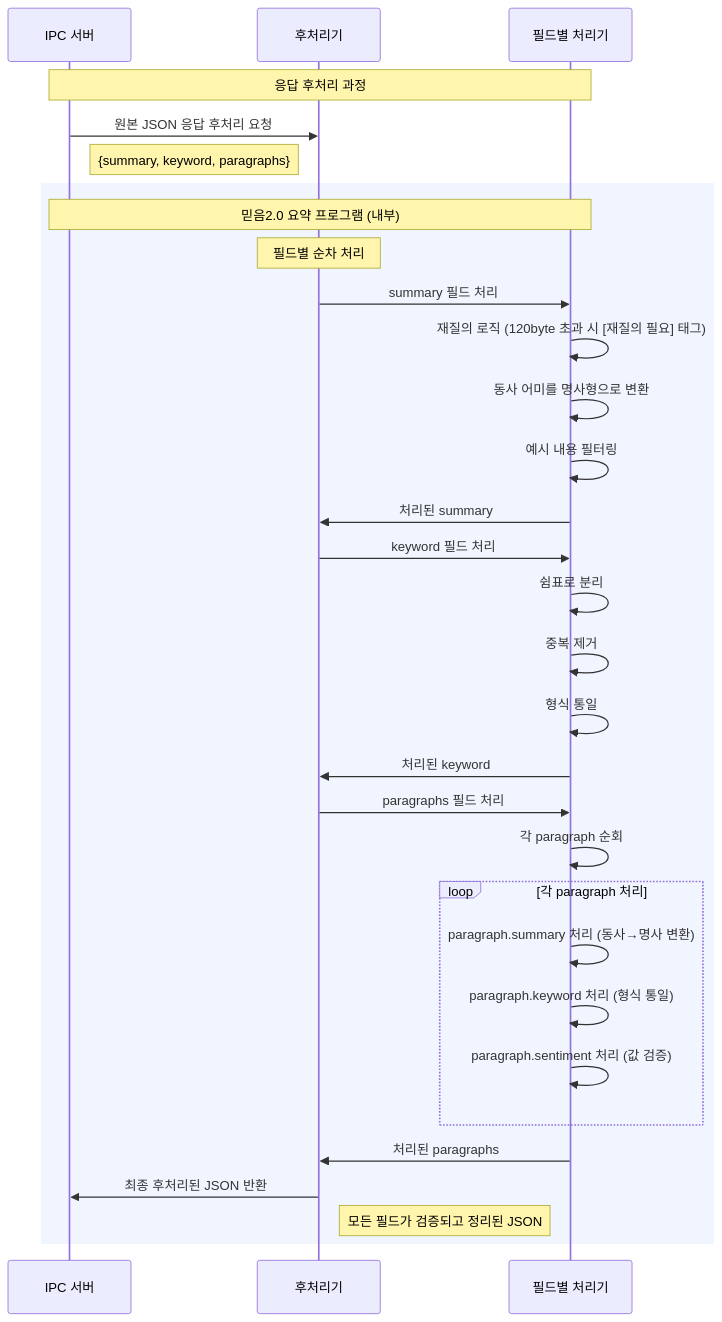
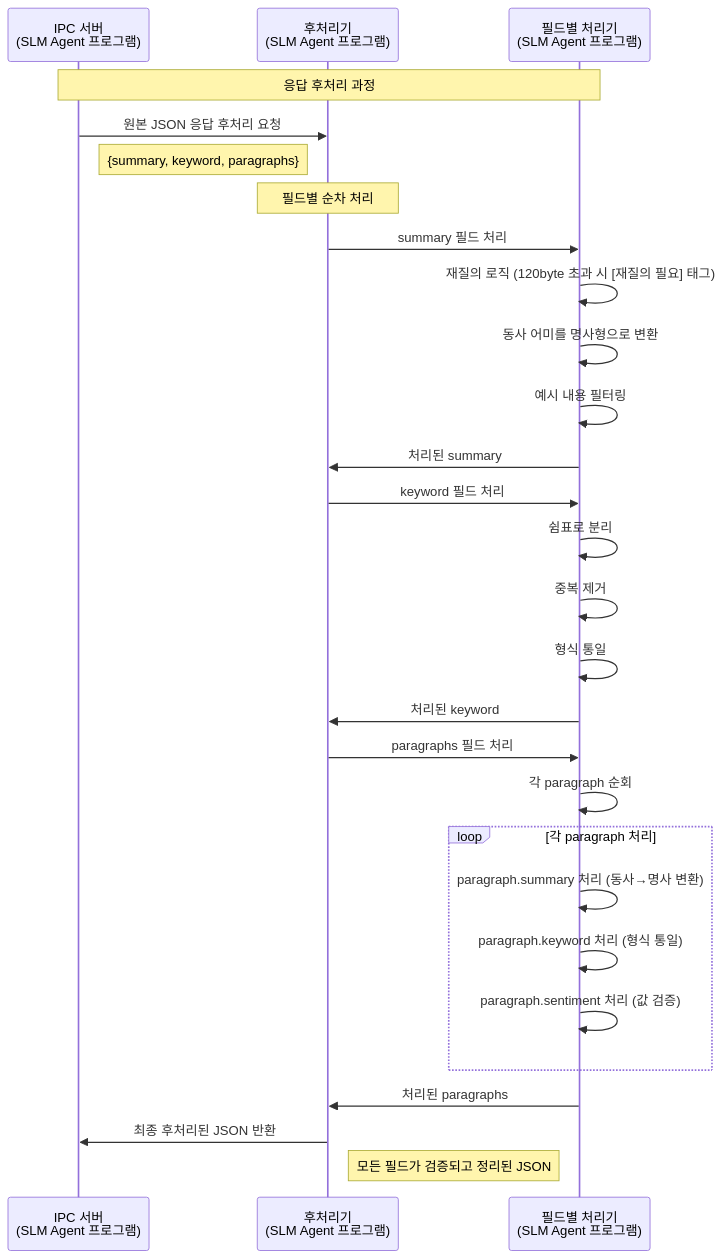
Before and after one commit to hak023/gemma-summarizer-poc: the fifth of 5 diagrams in sequence_diagram.md, drawn with Mermaid. The commit also changed other lines of this file and 4 other files, not shown here.

First line of the commit message:
가독성 개선: rect 구문 제거 및 SLM Agent 프로그램 표기 적용

````diff
--- a/sequence_diagram.md
+++ b/sequence_diagram.md
@@ -218,38 +203,35 @@
 ```mermaid
 sequenceDiagram
-    participant IPC as IPC 서버
-    participant Postprocessor as 후처리기
-    participant Fields as 필드별 처리기
+    participant IPC as IPC 서버<br/>(SLM Agent 프로그램)
+    participant Postprocessor as 후처리기<br/>(SLM Agent 프로그램)
+    participant Fields as 필드별 처리기<br/>(SLM Agent 프로그램)
 
     Note over IPC,Fields: 응답 후처리 과정
     IPC->>Postprocessor: 원본 JSON 응답 후처리 요청
     Note right of IPC: {summary, keyword, paragraphs}
 
-    rect rgb(240, 245, 255)
-        Note over IPC,Fields: 믿음2.0 요약 프로그램 (내부)
-        Note over Postprocessor: 필드별 순차 처리
-        Postprocessor->>Fields: summary 필드 처리
-        Fields->>Fields: 재질의 로직 (120byte 초과 시 [재질의 필요] 태그)
-        Fields->>Fields: 동사 어미를 명사형으로 변환
-        Fields->>Fields: 예시 내용 필터링
-        Fields->>Postprocessor: 처리된 summary
+    Note over Postprocessor: 필드별 순차 처리
+    Postprocessor->>Fields: summary 필드 처리
+    Fields->>Fields: 재질의 로직 (120byte 초과 시 [재질의 필요] 태그)
+    Fields->>Fields: 동사 어미를 명사형으로 변환
+    Fields->>Fields: 예시 내용 필터링
+    Fields->>Postprocessor: 처리된 summary
 
-        Postprocessor->>Fields: keyword 필드 처리
-        Fields->>Fields: 쉼표로 분리
-        Fields->>Fields: 중복 제거
-        Fields->>Fields: 형식 통일
-        Fields->>Postprocessor: 처리된 keyword
+    Postprocessor->>Fields: keyword 필드 처리
+    Fields->>Fields: 쉼표로 분리
+    Fields->>Fields: 중복 제거
+    Fields->>Fields: 형식 통일
+    Fields->>Postprocessor: 처리된 keyword
 
-        Postprocessor->>Fields: paragraphs 필드 처리
-        Fields->>Fields: 각 paragraph 순회
-        loop 각 paragraph 처리
-            Fields->>Fields: paragraph.summary 처리 (동사→명사 변환)
-            Fields->>Fields: paragraph.keyword 처리 (형식 통일)
-            Fields->>Fields: paragraph.sentiment 처리 (값 검증)
-        end
-        Fields->>Postprocessor: 처리된 paragraphs
+    Postprocessor->>Fields: paragraphs 필드 처리
+    Fields->>Fields: 각 paragraph 순회
+    loop 각 paragraph 처리
+        Fields->>Fields: paragraph.summary 처리 (동사→명사 변환)
+        Fields->>Fields: paragraph.keyword 처리 (형식 통일)
+        Fields->>Fields: paragraph.sentiment 처리 (값 검증)
+    end
+    Fields->>Postprocessor: 처리된 paragraphs
 
-        Postprocessor->>IPC: 최종 후처리된 JSON 반환
-        Note right of Postprocessor: 모든 필드가 검증되고 정리된 JSON
-    end
+    Postprocessor->>IPC: 최종 후처리된 JSON 반환
+    Note right of Postprocessor: 모든 필드가 검증되고 정리된 JSON
 ```
````
